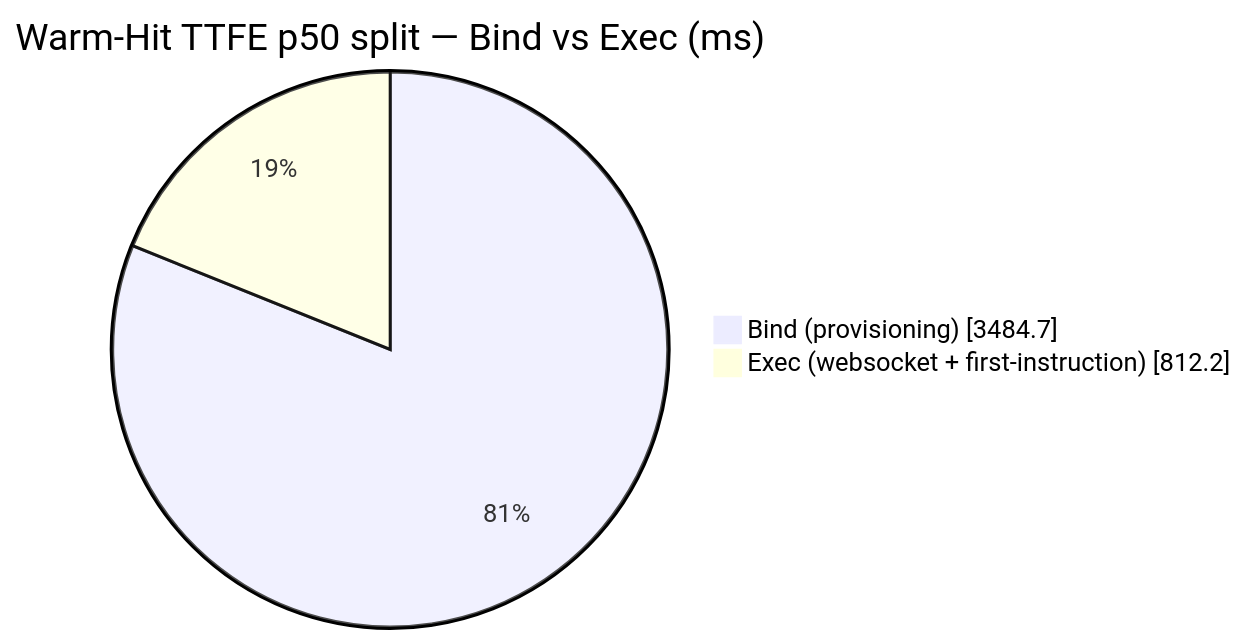
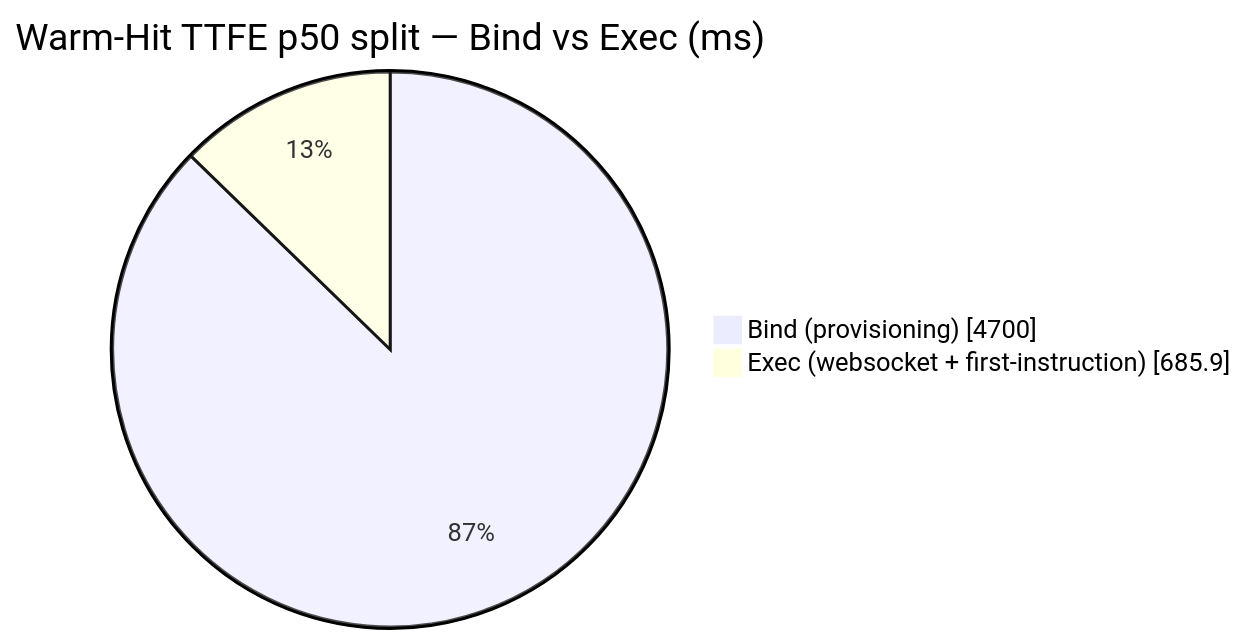
The diagram in DETAILS.md (AlexBulankou/honest-bench), drawn with Mermaid before and after one commit. The commit also changed other lines of this file and 4 other files, not shown here.

````diff
--- a/DETAILS.md
+++ b/DETAILS.md
@@ -91,6 +92,6 @@
 ```mermaid
 pie showData
     title Warm-Hit TTFE p50 split — Bind vs Exec (ms)
-    "Bind (provisioning)" : 3484.7
-    "Exec (websocket + first-instruction)" : 812.2
+    "Bind (provisioning)" : 4700.0
+    "Exec (websocket + first-instruction)" : 685.9
 ```
````
